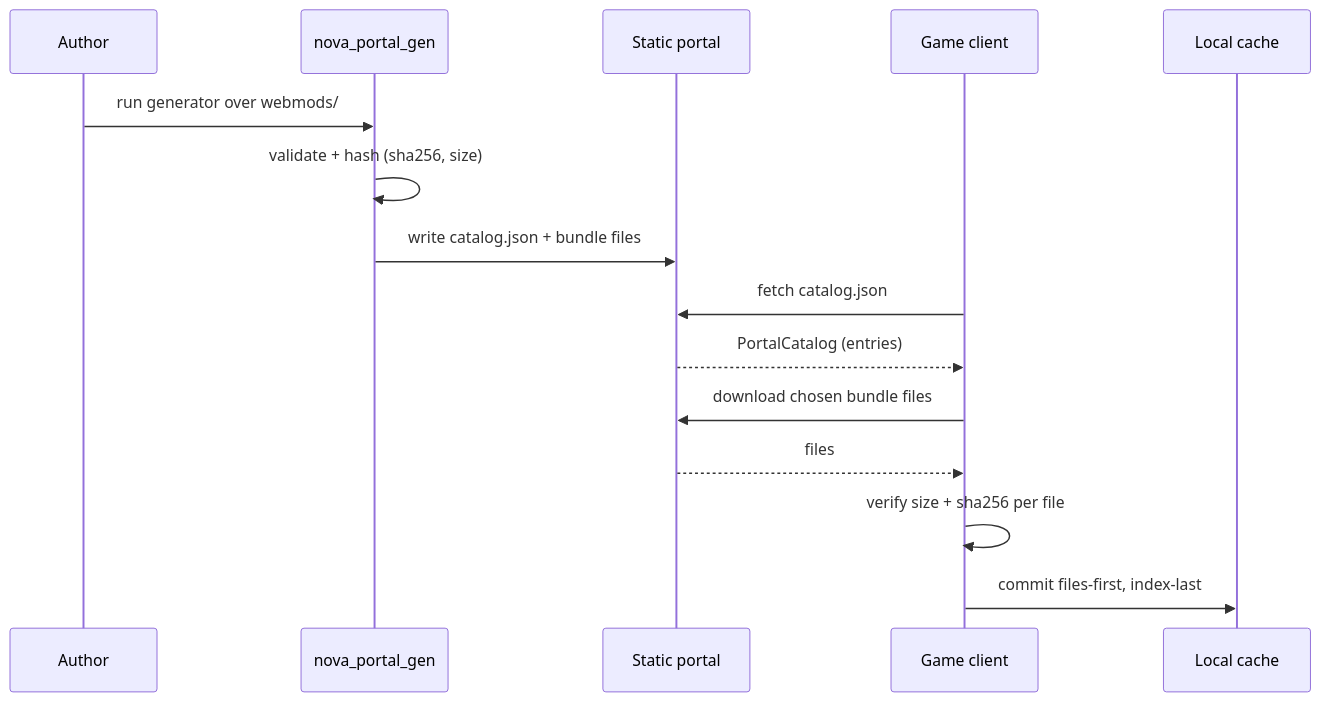
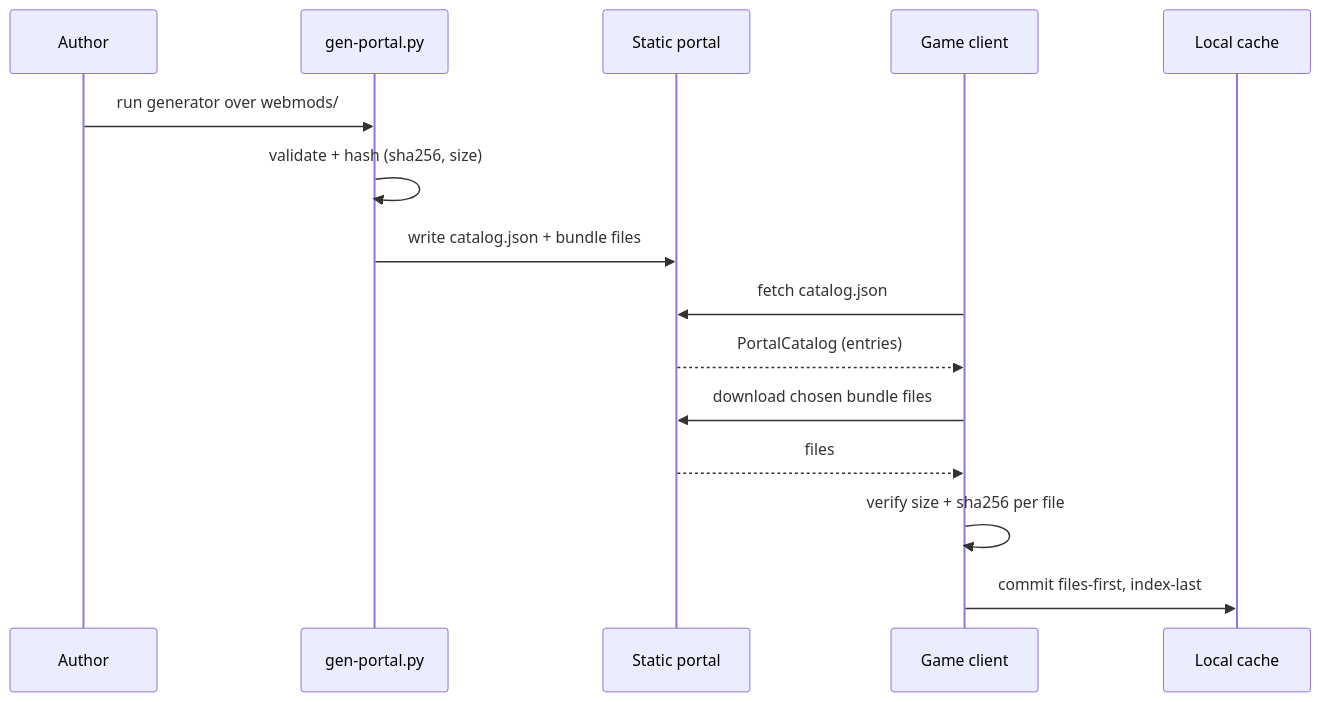
Before and after one commit to alexjercan/nova-protocol: the diagram in web/src/wiki/dev/mod-portal.md, drawn with Mermaid. The commit also changed other lines of this file and 8 other files, not shown here.

First line of the commit message:
refactor(portal): port nova_portal_gen to a stdlib Python build-time script

````diff
--- a/web/src/wiki/dev/mod-portal.md
+++ b/web/src/wiki/dev/mod-portal.md
@@ -66,18 +68,18 @@
 ```mermaid
 sequenceDiagram
     participant Pub as Author
-    participant Gen as nova_portal_gen
+    participant Gen as gen-portal.py
     participant Portal as Static portal
     participant Game as Game client
     participant Cache as Local cache
 
     Pub->>Gen: run generator over webmods/
     Gen->>Gen: validate + hash (sha256, size)
     Gen->>Portal: write catalog.json + bundle files
     Game->>Portal: fetch catalog.json
     Portal-->>Game: PortalCatalog (entries)
     Game->>Portal: download chosen bundle files
     Portal-->>Game: files
     Game->>Game: verify size + sha256 per file
     Game->>Cache: commit files-first, index-last
 ```
````
